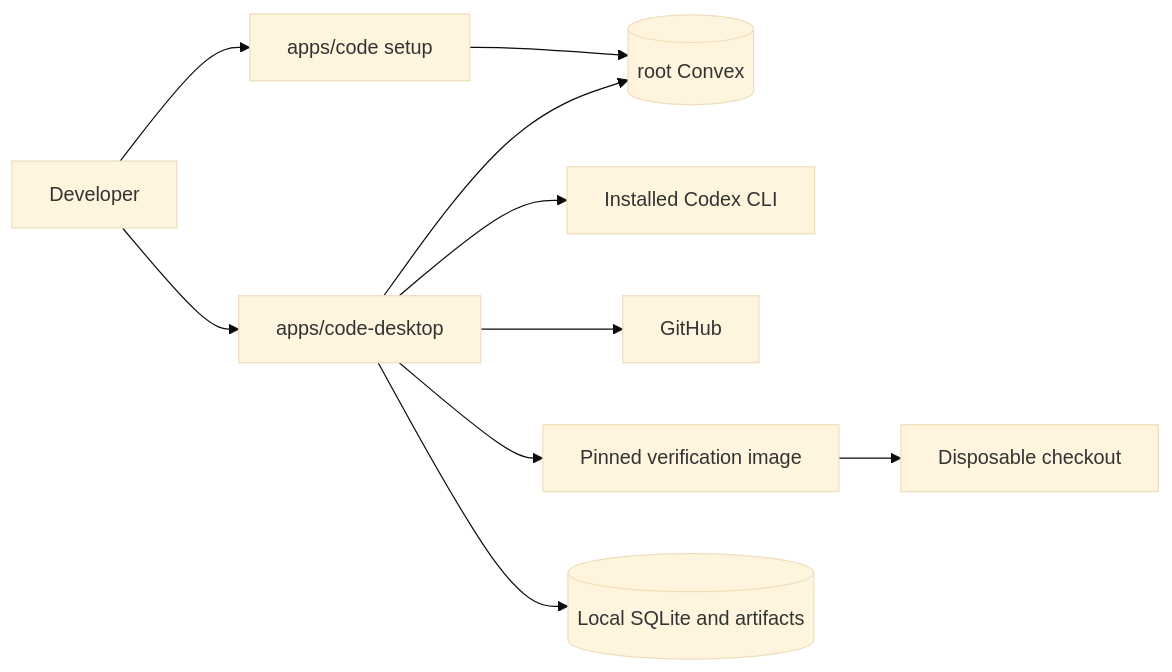
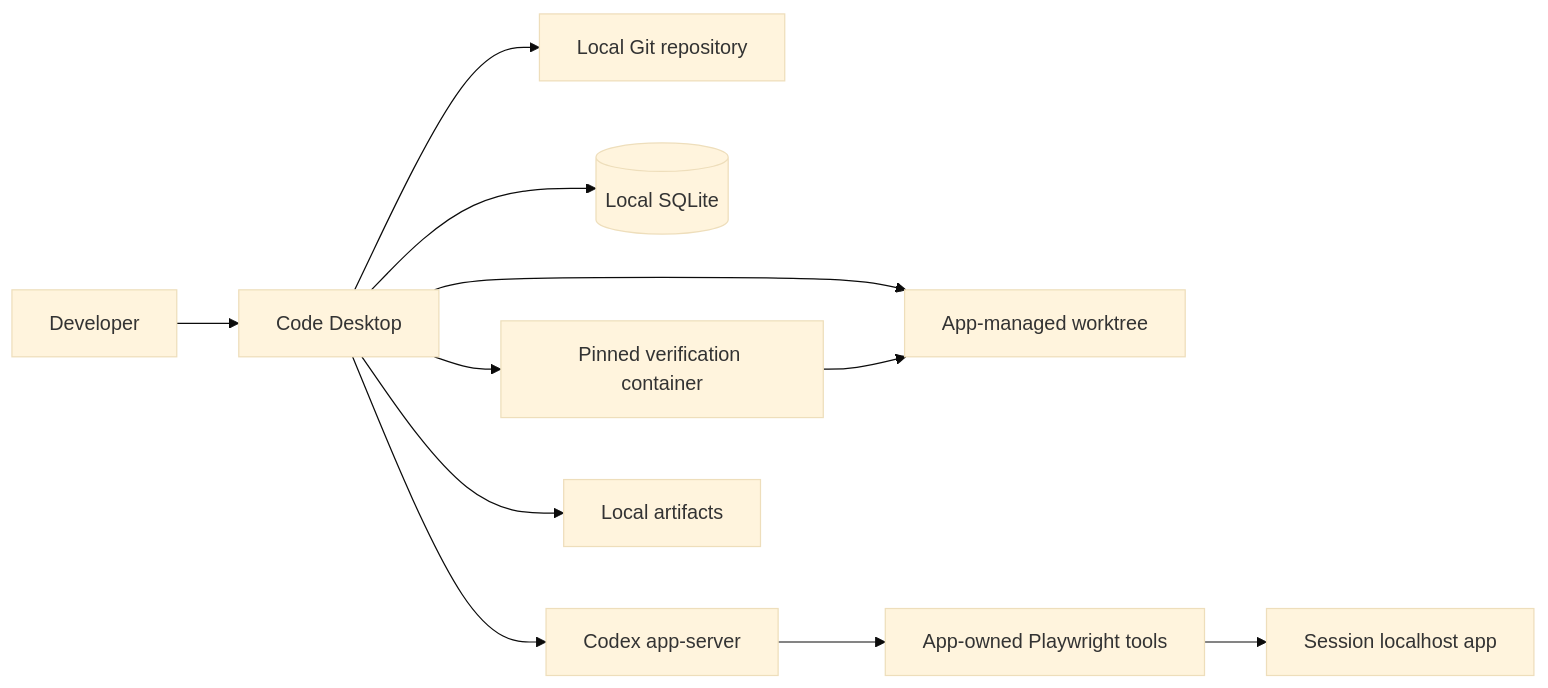
The diagram in .plans/code-pr-agent/architecture.md (y31-labs/root), drawn with Mermaid (base theme) before and after one commit. The commit also changed other lines of this file and 98 other files, not shown here.

Commit message:
Agent code code-desktop. Probably requires refactor but i don't care

````diff
--- a/.plans/code-pr-agent/architecture.md
+++ b/.plans/code-pr-agent/architecture.md
@@ -5,12 +5,13 @@
 ```mermaid
 flowchart LR
-  user[Developer] --> desktop[apps/code-desktop]
-  user --> web[apps/code setup]
-  desktop --> convex[(root Convex)]
-  web --> convex
-  desktop --> codex[Installed Codex CLI]
-  desktop --> github[GitHub]
-  desktop --> docker[Pinned verification image]
-  docker --> checkout[Disposable checkout]
-  desktop --> sqlite[(Local SQLite and artifacts)]
+  user[Developer] --> desktop[Code Desktop]
+  desktop --> git[Local Git repository]
+  desktop --> sqlite[(Local SQLite)]
+  desktop --> worktree[App-managed worktree]
+  desktop --> codex[Codex app-server]
+  codex --> browser[App-owned Playwright tools]
+  desktop --> verifier[Pinned verification container]
+  browser --> app[Session localhost app]
+  verifier --> worktree
+  desktop --> artifacts[Local artifacts]
 ```
````
